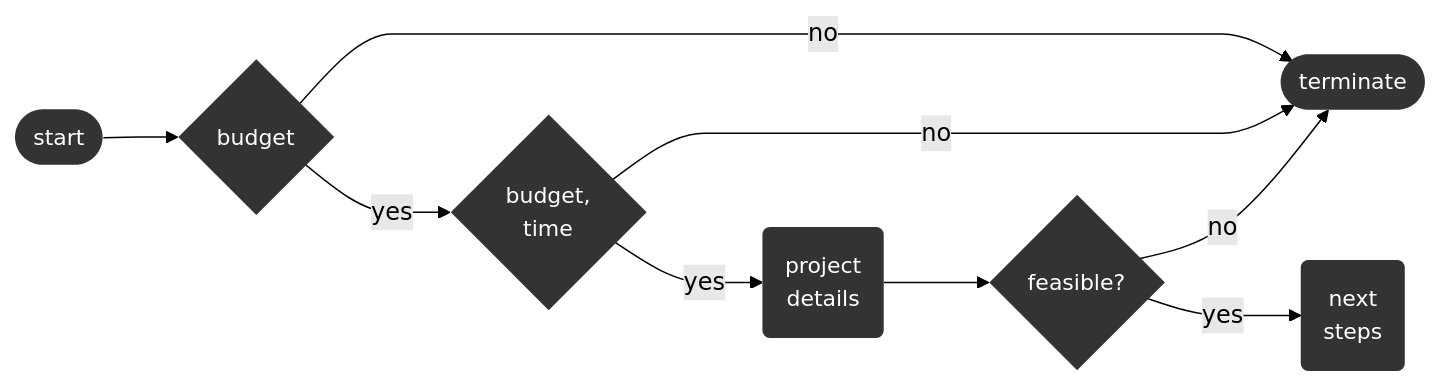
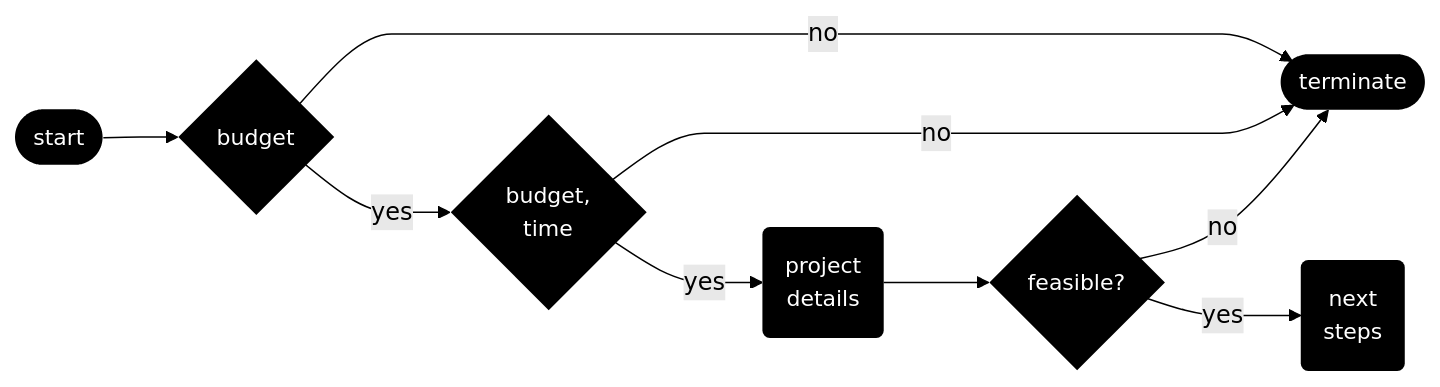
One commit to thereferences/systems changed the diagram in docs/project-plausibility.md. Above: the diagram before and after it, drawn with Mermaid (forest theme). The commit also changed other lines of this file, not shown here.

````diff
--- a/docs/project-plausibility.md
+++ b/docs/project-plausibility.md
@@ -133,14 +118,13 @@
-```{mermaid}
-%%{ init: { 'flowchart': { 'curve': 'monotoneX'} } }%%
+<pre class="mermaid">
+%%{ init: { 'flowchart': { 'curve': 'monotoneX'} } }%%  
 flowchart LR    
     id0([start]) --> id1{<span title="Does the potential project have a budget?">budget</span>} 
     id1 -- yes --> id2{<span title="Is the budget, project timebox, and the collaboration commitment plausible?">budget,<br>time</span>}
     id1 -- no --> id3([terminate])
     id2 -- no --> id3
     id2 -- yes --> id5(<span title="The project scope/design details">project<br>details</span>)
     id5 --> id6{<span title="Is the potential project addressable via machine learning, technically feasible, and economically viable?">feasible?</span>}
     id6 -- no --> id3
-    id6 -- yes --> id8(next <br> steps)
-    
-    classDef default fill:#333333,stroke:#333333,stroke-width:0px,color:#ffffff,font-size:11pt;
-```
+    id6 -- yes --> id8(next <br> steps)      
+    classDef default fill:#000000,stroke:#333333,stroke-width:0px,color:#ffffff,font-size:11pt;
+</pre>
````
